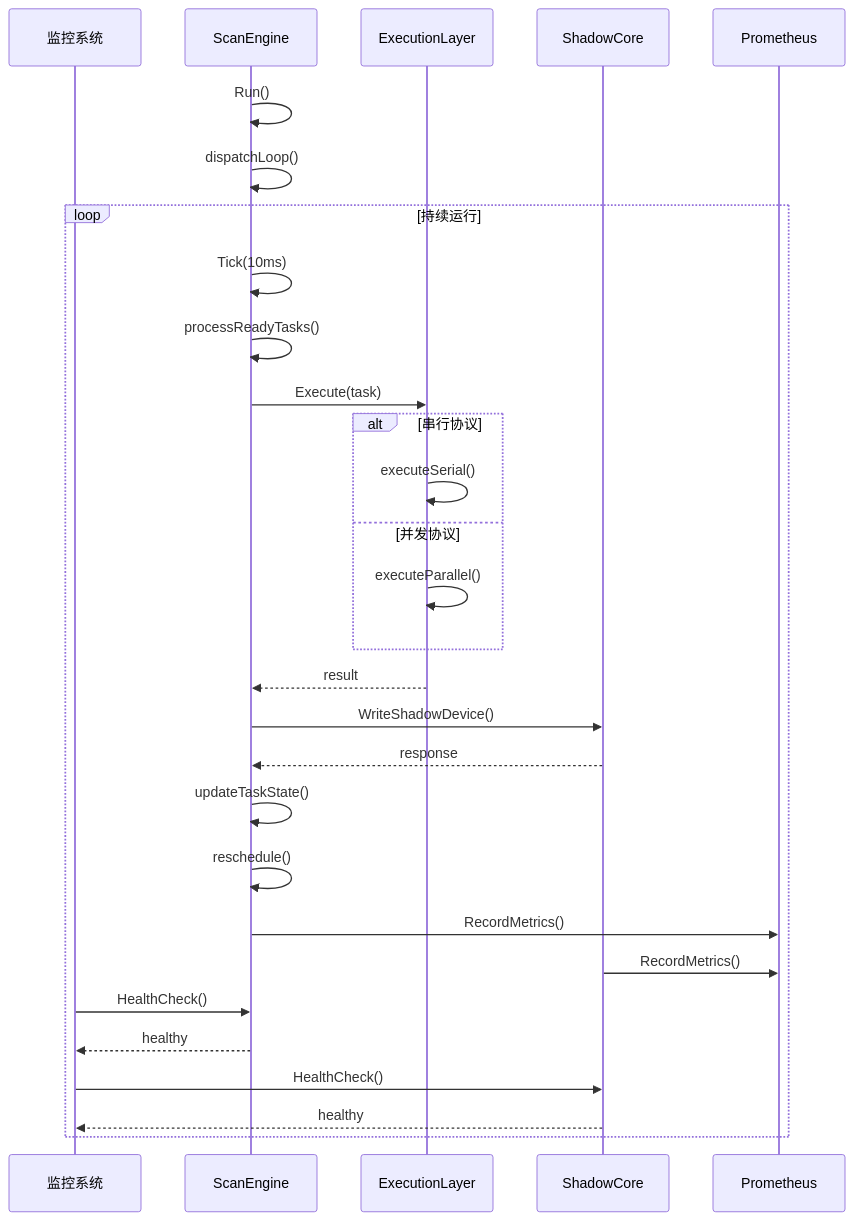
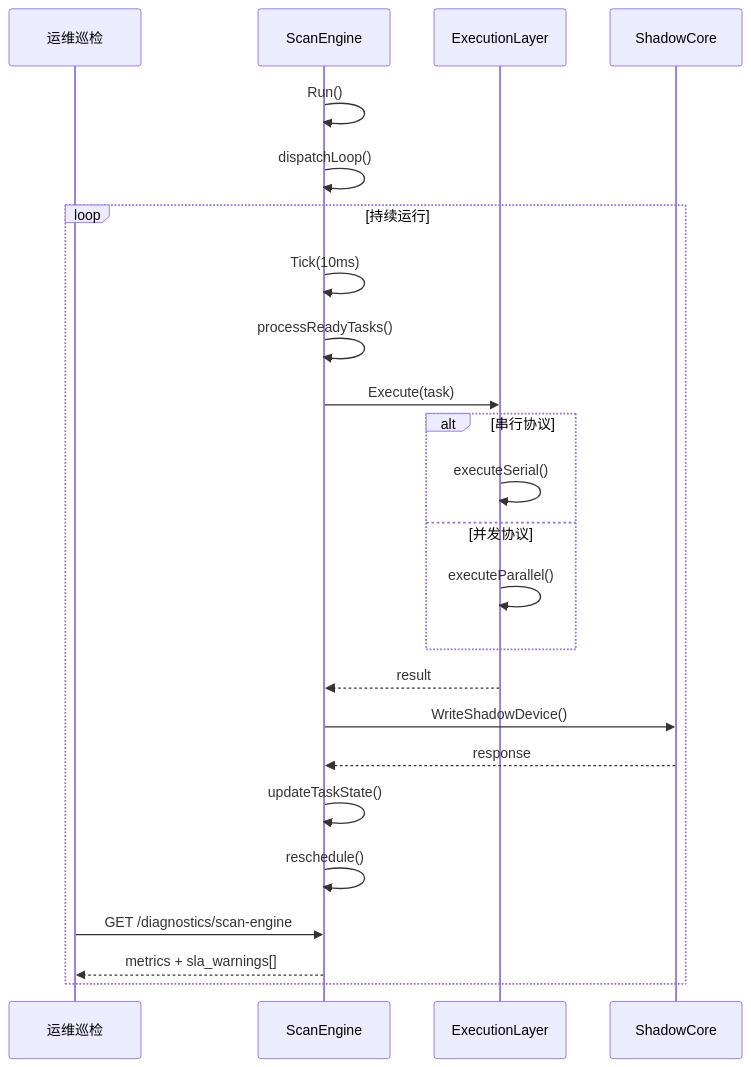
The fourth of 4 diagrams in docs/TODO/ScanEngine重构方案.md (anviod/edgex), drawn with Mermaid before and after one commit. The commit also changed other lines of this file and 18 other files, not shown here.

First line of the commit message:
core,test,docs: 以 G007 实测校准 ScanEngine 吞吐验收并收口连接恢复

````diff
--- a/docs/TODO/ScanEngine重构方案.md
+++ b/docs/TODO/ScanEngine重构方案.md
@@ -511,38 +511,31 @@
 ```mermaid
 sequenceDiagram
-    participant Monitor as 监控系统
+    participant Ops as 运维巡检
     participant SE as ScanEngine
     participant EL as ExecutionLayer
     participant Shadow as ShadowCore
-    participant Metrics as Prometheus
 
     SE->>SE: Run()
     SE->>SE: dispatchLoop()
     
     loop 持续运行
         SE->>SE: Tick(10ms)
         SE->>SE: processReadyTasks()
         SE->>EL: Execute(task)
         
         alt 串行协议
             EL->>EL: executeSerial()
         else 并发协议
             EL->>EL: executeParallel()
         end
         
         EL-->>SE: result
         SE->>Shadow: WriteShadowDevice()
         Shadow-->>SE: response
         SE->>SE: updateTaskState()
         SE->>SE: reschedule()
         
-        SE->>Metrics: RecordMetrics()
-        Shadow->>Metrics: RecordMetrics()
-        
-        Monitor->>SE: HealthCheck()
-        SE-->>Monitor: healthy
-        
-        Monitor->>Shadow: HealthCheck()
-        Shadow-->>Monitor: healthy
+        Ops->>SE: GET /diagnostics/scan-engine
+        SE-->>Ops: metrics + sla_warnings[]
     end
 ```
````
